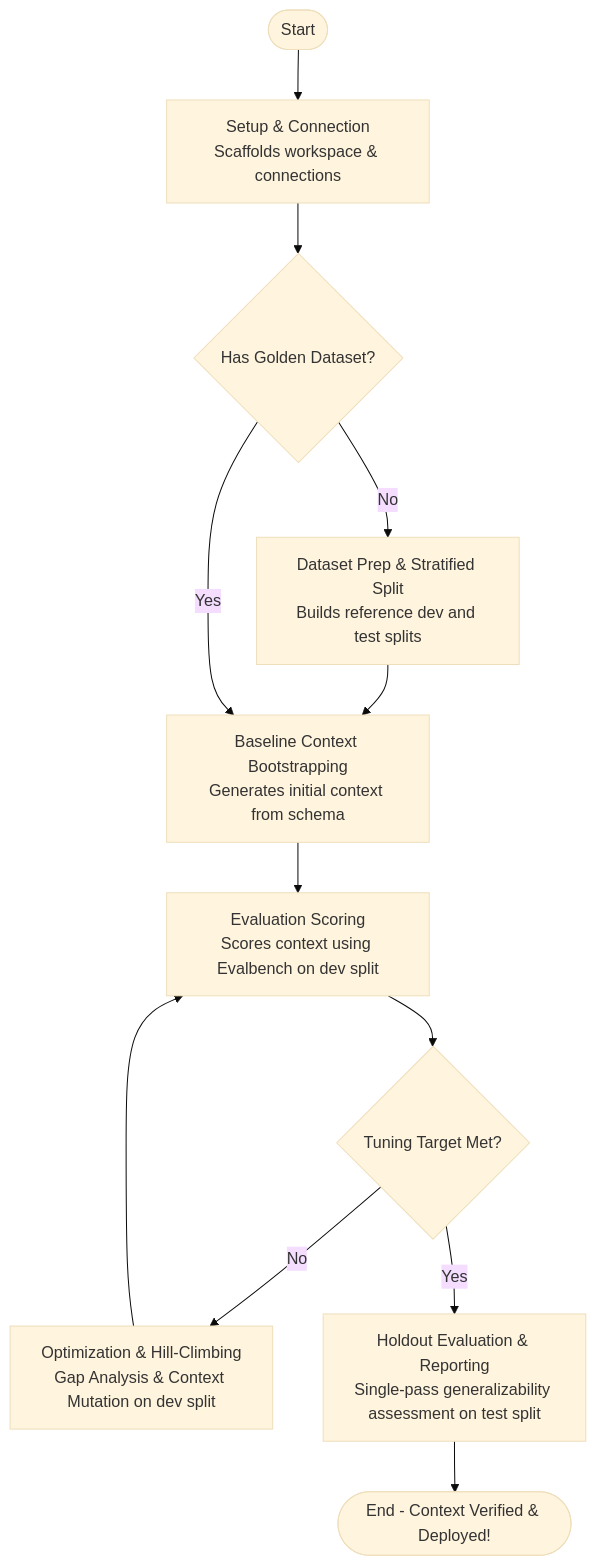
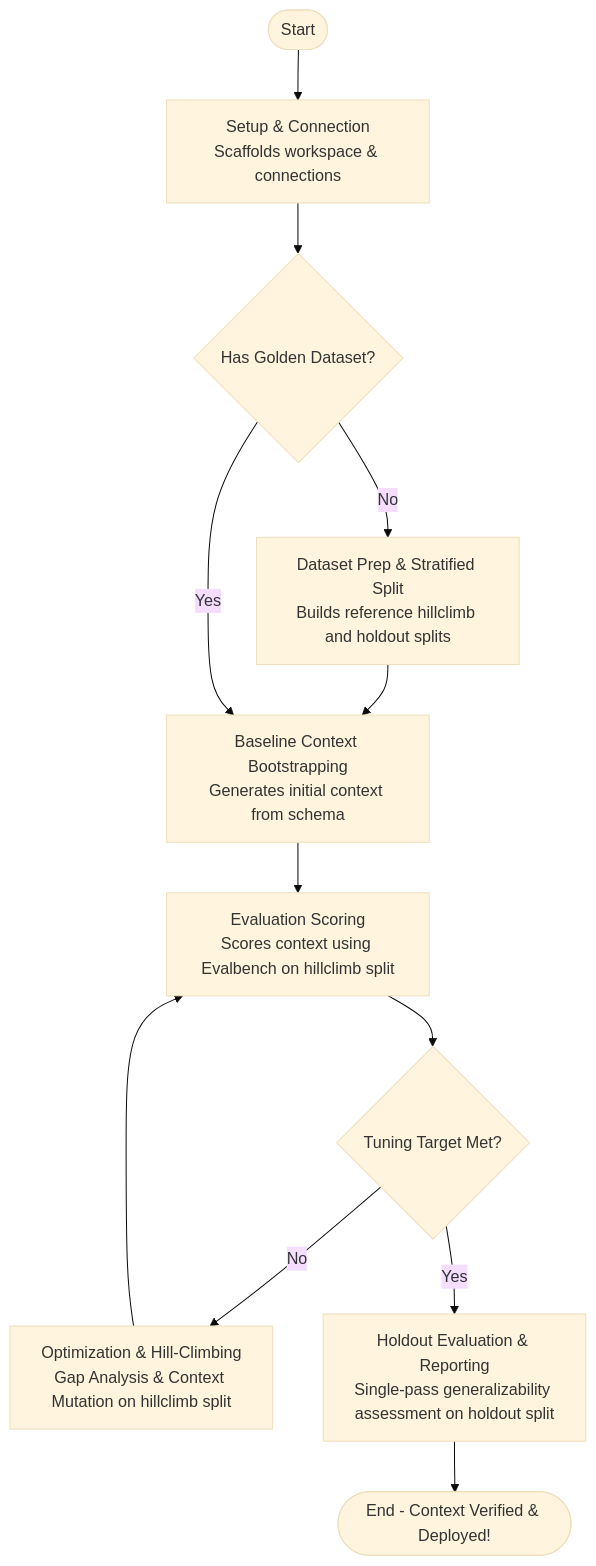
Before and after one commit to GoogleCloudPlatform/db-context-enrichment: the diagram in plugin/skills/context-engineering-workflow/SKILL.md, drawn with Mermaid (base theme). The commit also changed other lines of this file and 5 other files, not shown here.

Commit message:
fixes to address issues related to split naming, generalizability test and tuning target triggering, etc

````diff
--- a/plugin/skills/context-engineering-workflow/SKILL.md
+++ b/plugin/skills/context-engineering-workflow/SKILL.md
@@ -18,24 +18,24 @@
 ```mermaid
 flowchart TD
     Start([Start]) --> Setup[Setup & Connection
 Scaffolds workspace & connections]
     Setup --> Prep{Has Golden Dataset?}
     
     Prep -- No --> DatasetPrep[Dataset Prep & Stratified Split
-Builds reference dev and test splits]
+Builds reference hillclimb and holdout splits]
     DatasetPrep --> Bootstrap[Baseline Context Bootstrapping
 Generates initial context from schema]
     Prep -- Yes --> Bootstrap
     
     Bootstrap --> Evaluate[Evaluation Scoring
-Scores context using Evalbench on dev split]
+Scores context using Evalbench on hillclimb split]
     Evaluate --> Loop{Tuning Target Met?}
     
     Loop -- No --> Hillclimb[Optimization & Hill-Climbing
-Gap Analysis & Context Mutation on dev split]
+Gap Analysis & Context Mutation on hillclimb split]
     Hillclimb --> Evaluate
     
     Loop -- Yes --> HoldoutEval[Holdout Evaluation & Reporting
-Single-pass generalizability assessment on test split]
+Single-pass generalizability assessment on holdout split]
     HoldoutEval --> End([End - Context Verified & Deployed!])
 ```
````
